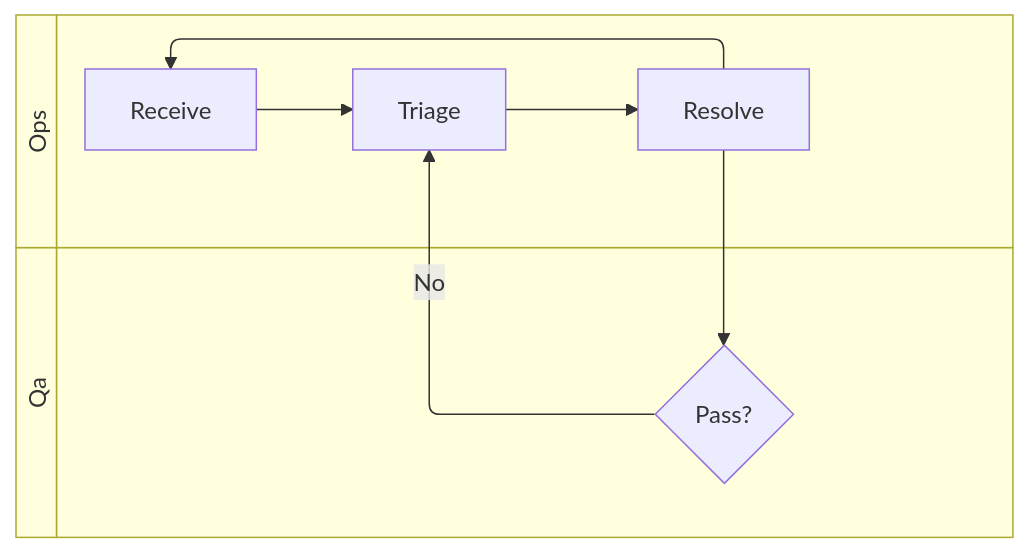
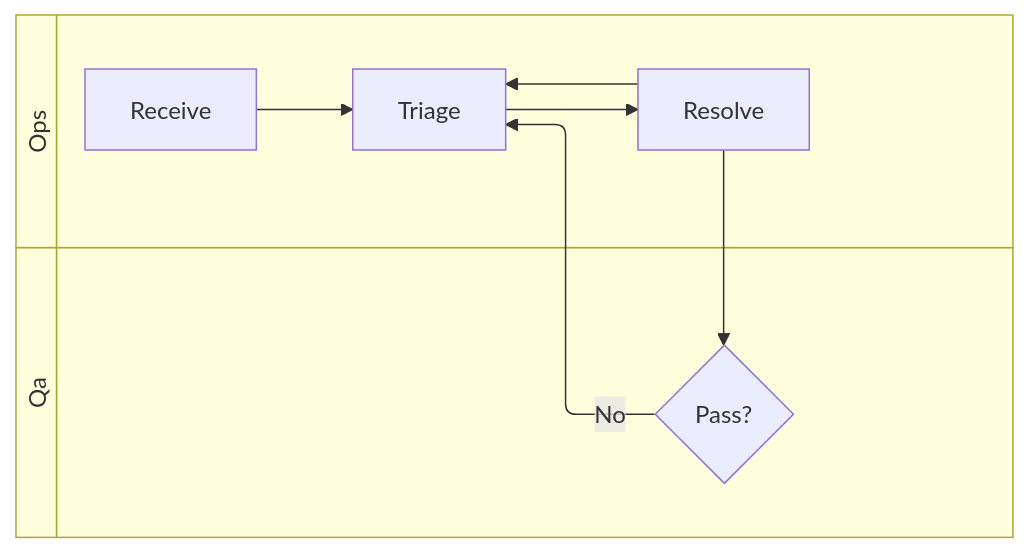
One commit to mermaid-js/mermaid changed the diagram in e2e/platform/dev-diagrams/layout-tests/swimlanes/regressions/terminal-lanes-keep-straight-connector.mmd. Above: the diagram before and after it, drawn with Mermaid.

Commit message:
test(swimlane): use a same-lane back edge in the straight connector fixture
Resolve -> Receive ran round an outer rail above the Ops lane and
arrived on a stub too short for its arrowhead, a develop routing defect
unrelated to this change. Resolve -> Triage leaves Resolve's left face
10 px above Triage -> Resolve as well, so the near conflict the fixture
shows is unchanged, and its route is one straight line inside the lane.

```diff
--- a/e2e/platform/dev-diagrams/layout-tests/swimlanes/regressions/terminal-lanes-keep-straight-connector.mmd
+++ b/e2e/platform/dev-diagrams/layout-tests/swimlanes/regressions/terminal-lanes-keep-straight-connector.mmd
@@ -1,20 +1,20 @@
 ---
 config:
   layout: swimlane
   flowchart:
     htmlLabels: false
 ---
 swimlane-beta LR
-  %% "Triage -> Resolve" stays one straight line at the centre of both boxes while the edges
-  %% arriving on the same faces are separated from it
+  %% "Triage -> Resolve" stays one straight line at the centre of both boxes while
+  %% "Resolve -> Triage", which leaves Resolve's left face 10 px above it, is separated from it
   subgraph Ops
   a[Receive]
   b[Triage]
   c[Resolve]
   end
   subgraph Qa
   d{Pass?}
   end
   a --> b --> c --> d
   d -->|No| b
-  c --> a
+  c --> b
```
